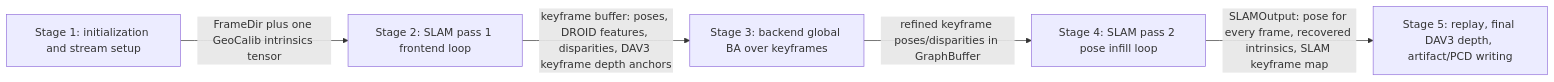
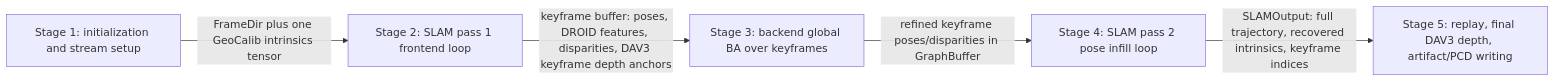
One commit to sadanand1120/vipe changed the first of 12 diagrams in fullexplain.md. Above: the diagram before and after it, drawn with Mermaid. The commit also changed other lines of this file and 7 other files, not shown here.

````diff
--- a/fullexplain.md
+++ b/fullexplain.md
@@ -27,7 +27,7 @@
 ```mermaid
 flowchart LR
     S1[Stage 1: initialization and stream setup] -->|FrameDir plus one GeoCalib intrinsics tensor| S2[Stage 2: SLAM pass 1 frontend loop]
     S2 -->|keyframe buffer: poses, DROID features, disparities, DAV3 keyframe depth anchors| S3[Stage 3: backend global BA over keyframes]
     S3 -->|refined keyframe poses/disparities in GraphBuffer| S4[Stage 4: SLAM pass 2 pose infill loop]
-    S4 -->|SLAMOutput: pose for every frame, recovered intrinsics, SLAM keyframe map| S5[Stage 5: replay, final DAV3 depth, artifact/PCD writing]
+    S4 -->|SLAMOutput: full trajectory, recovered intrinsics, keyframe indices| S5[Stage 5: replay, final DAV3 depth, artifact/PCD writing]
 ```
````
